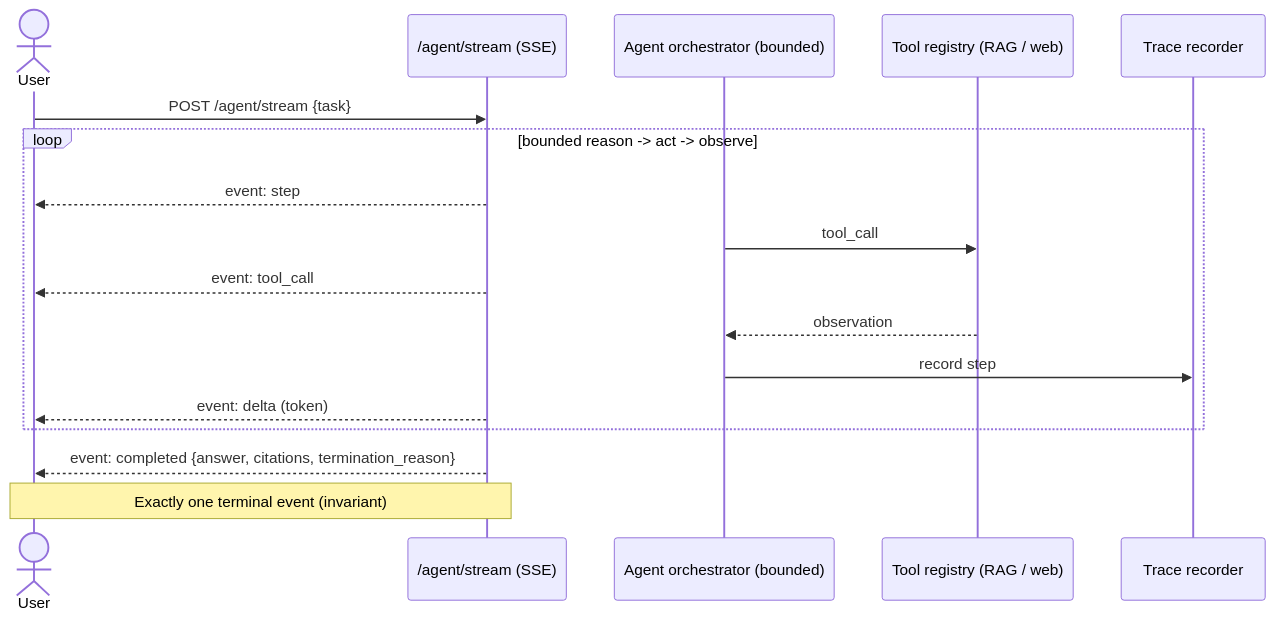
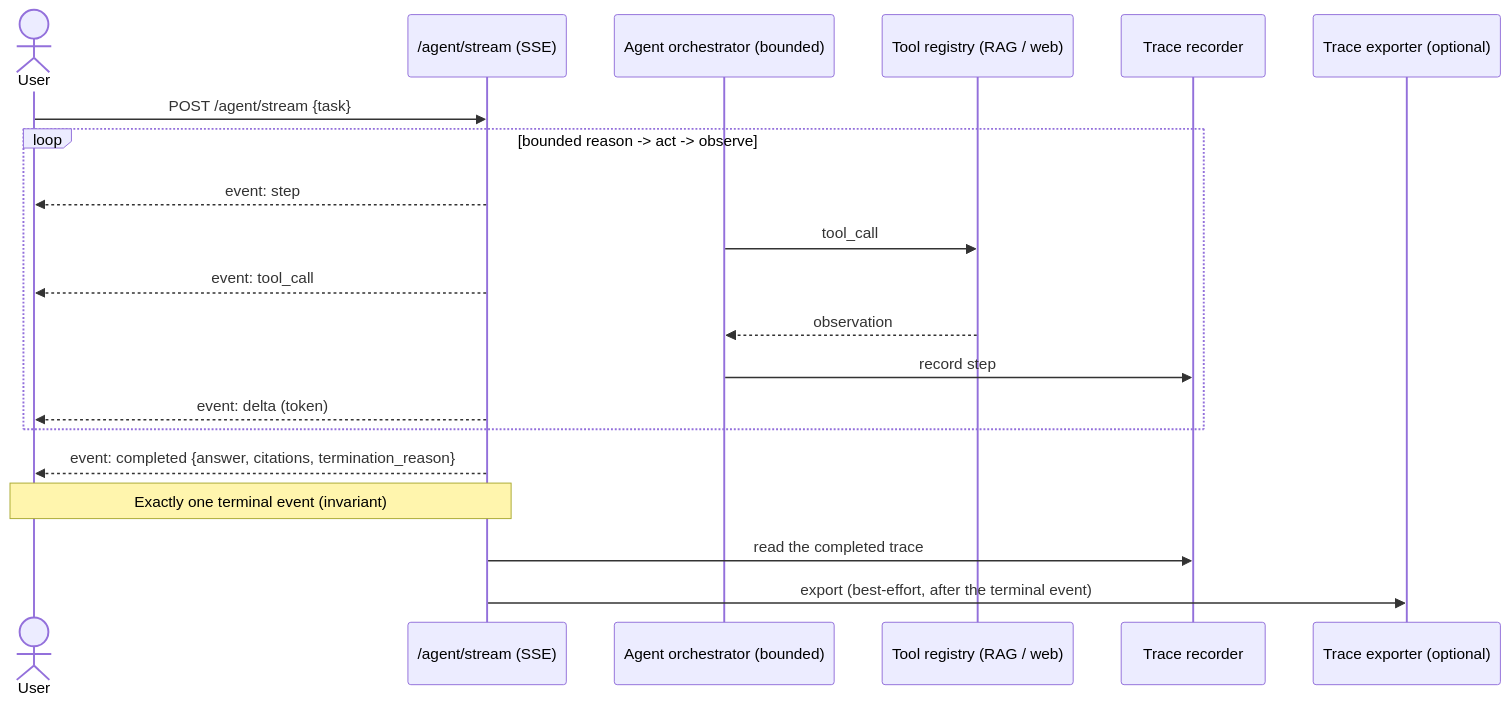
Before and after one commit to harshvardhan8058/Agentforgev2: the fifth of 8 diagrams in docs/ARCHITECTURE_OVERVIEW.md, drawn with Mermaid. The commit also changed other lines of this file and 35 other files, not shown here.

````diff
--- a/docs/ARCHITECTURE_OVERVIEW.md
+++ b/docs/ARCHITECTURE_OVERVIEW.md
@@ -136,20 +136,23 @@
 ```mermaid
 sequenceDiagram
     actor U as User
     participant A as /agent/stream (SSE)
     participant O as Agent orchestrator (bounded)
     participant T as Tool registry (RAG / web)
     participant TR as Trace recorder
+    participant X as Trace exporter (optional)
 
     U->>A: POST /agent/stream {task}
     loop bounded reason -> act -> observe
         A-->>U: event: step
         O->>T: tool_call
         A-->>U: event: tool_call
         T-->>O: observation
         O->>TR: record step
         A-->>U: event: delta (token)
     end
     A-->>U: event: completed {answer, citations, termination_reason}
     note over A,U: Exactly one terminal event (invariant)
+    A->>TR: read the completed trace
+    A->>X: export (best-effort, after the terminal event)
 ```
````
